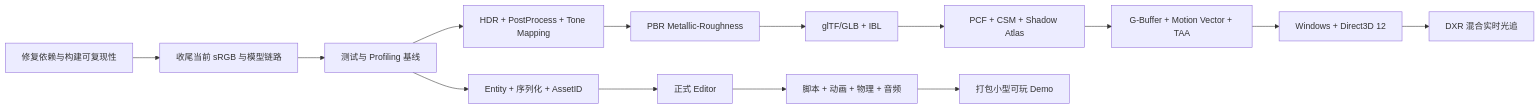
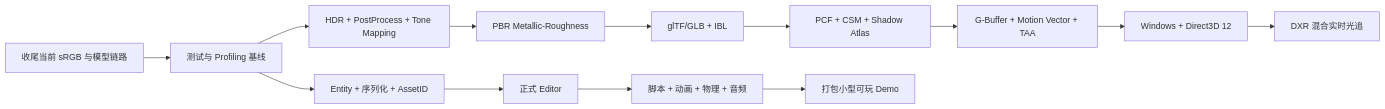
One commit to JackDowson2003/Limen-Engine changed the third of 3 diagrams in README.md. Above: the diagram before and after it, drawn with Mermaid. The commit also changed other lines of this file, not shown here.

````diff
--- a/README.md
+++ b/README.md
@@ -418,17 +420,16 @@
 ```mermaid
 flowchart LR
-    A[修复依赖与构建可复现性] --> B[收尾当前 sRGB 与模型链路]
-    B --> C[测试与 Profiling 基线]
-    C --> D[HDR + PostProcess + Tone Mapping]
-    D --> E[PBR Metallic-Roughness]
-    E --> F[glTF/GLB + IBL]
-    F --> G[PCF + CSM + Shadow Atlas]
-    G --> H[G-Buffer + Motion Vector + TAA]
-    H --> I[Windows + Direct3D 12]
-    I --> J[DXR 混合实时光追]
+    A[收尾当前 sRGB 与模型链路] --> B[测试与 Profiling 基线]
+    B --> C[HDR + PostProcess + Tone Mapping]
+    C --> D[PBR Metallic-Roughness]
+    D --> E[glTF/GLB + IBL]
+    E --> F[PCF + CSM + Shadow Atlas]
+    F --> G[G-Buffer + Motion Vector + TAA]
+    G --> H[Windows + Direct3D 12]
+    H --> I[DXR 混合实时光追]
 
-    C --> K[Entity + 序列化 + AssetID]
-    K --> L[正式 Editor]
-    L --> M[脚本 + 动画 + 物理 + 音频]
-    M --> N[打包小型可玩 Demo]
+    B --> J[Entity + 序列化 + AssetID]
+    J --> K[正式 Editor]
+    K --> L[脚本 + 动画 + 物理 + 音频]
+    L --> M[打包小型可玩 Demo]
 ```
````
